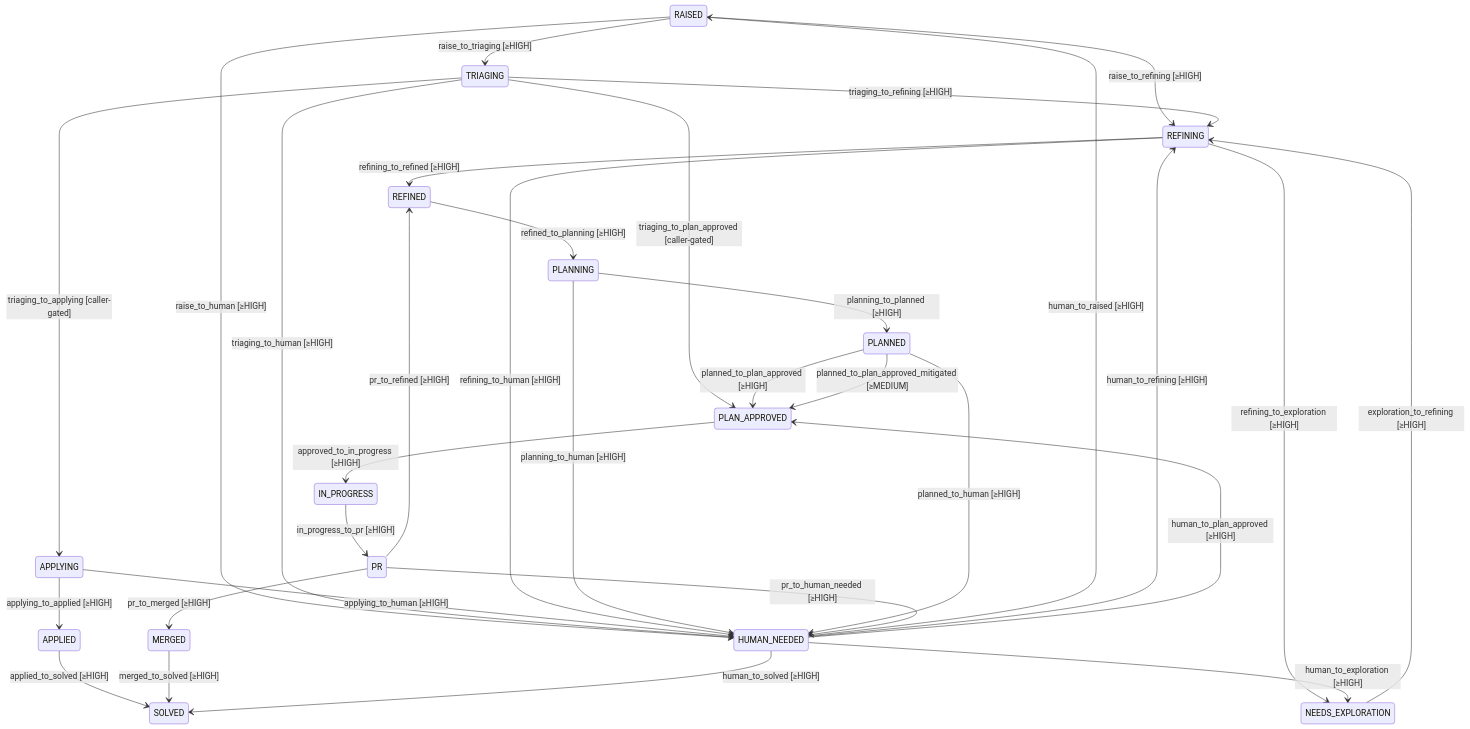
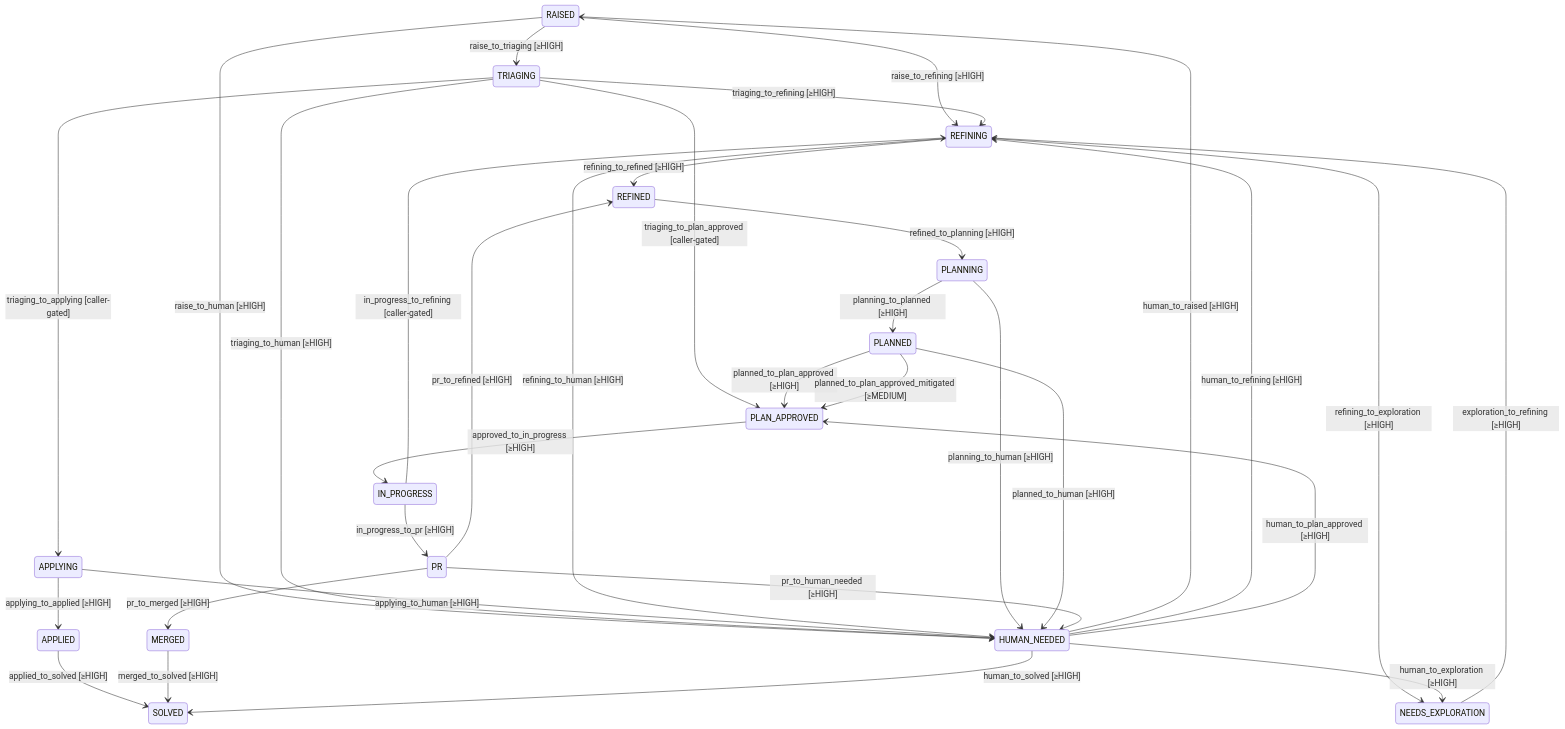
One commit to damien-robotsix/robotsix-cai changed the first of 2 diagrams in docs/fsm.md. Above: the diagram before and after it, drawn with Mermaid.

Commit message:
chore: auto-regenerate generated docs

````diff
--- a/docs/fsm.md
+++ b/docs/fsm.md
@@ -15,34 +15,35 @@
 ```mermaid
 stateDiagram-v2
     RAISED --> REFINING : raise_to_refining [≥HIGH]
     RAISED --> HUMAN_NEEDED : raise_to_human [≥HIGH]
     RAISED --> TRIAGING : raise_to_triaging [≥HIGH]
     TRIAGING --> REFINING : triaging_to_refining [≥HIGH]
     TRIAGING --> HUMAN_NEEDED : triaging_to_human [≥HIGH]
     TRIAGING --> PLAN_APPROVED : triaging_to_plan_approved [caller-gated]
     TRIAGING --> APPLYING : triaging_to_applying [caller-gated]
     APPLYING --> APPLIED : applying_to_applied [≥HIGH]
     APPLYING --> HUMAN_NEEDED : applying_to_human [≥HIGH]
     APPLIED --> SOLVED : applied_to_solved [≥HIGH]
     REFINING --> REFINED : refining_to_refined [≥HIGH]
     REFINING --> NEEDS_EXPLORATION : refining_to_exploration [≥HIGH]
     REFINING --> HUMAN_NEEDED : refining_to_human [≥HIGH]
     NEEDS_EXPLORATION --> REFINING : exploration_to_refining [≥HIGH]
     REFINED --> PLANNING : refined_to_planning [≥HIGH]
     PLANNING --> PLANNED : planning_to_planned [≥HIGH]
     PLANNING --> HUMAN_NEEDED : planning_to_human [≥HIGH]
     PLANNED --> PLAN_APPROVED : planned_to_plan_approved [≥HIGH]
     PLANNED --> PLAN_APPROVED : planned_to_plan_approved_mitigated [≥MEDIUM]
     PLANNED --> HUMAN_NEEDED : planned_to_human [≥HIGH]
     PLAN_APPROVED --> IN_PROGRESS : approved_to_in_progress [≥HIGH]
     IN_PROGRESS --> PR : in_progress_to_pr [≥HIGH]
+    IN_PROGRESS --> REFINING : in_progress_to_refining [caller-gated]
     PR --> MERGED : pr_to_merged [≥HIGH]
     PR --> REFINED : pr_to_refined [≥HIGH]
     PR --> HUMAN_NEEDED : pr_to_human_needed [≥HIGH]
     MERGED --> SOLVED : merged_to_solved [≥HIGH]
     HUMAN_NEEDED --> RAISED : human_to_raised [≥HIGH]
     HUMAN_NEEDED --> REFINING : human_to_refining [≥HIGH]
     HUMAN_NEEDED --> PLAN_APPROVED : human_to_plan_approved [≥HIGH]
     HUMAN_NEEDED --> NEEDS_EXPLORATION : human_to_exploration [≥HIGH]
     HUMAN_NEEDED --> SOLVED : human_to_solved [≥HIGH]
 ```
````
